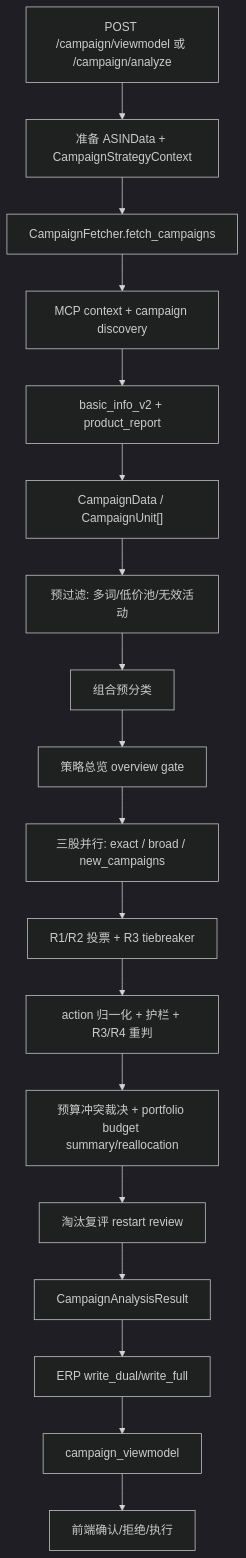
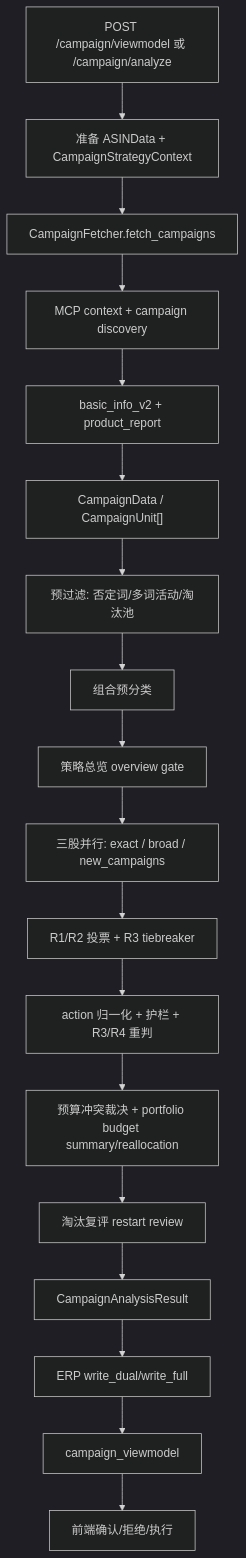
Before and after one commit to CaffZx/project_ad_weilai: the diagram in docs/AD-Agent Project Knowledge Graph/08-Campaign分析引擎架构说明.md, drawn with Mermaid (dark theme). The commit also changed other lines of this file and 6 other files, not shown here.

````diff
--- a/docs/AD-Agent Project Knowledge Graph/08-Campaign分析引擎架构说明.md
+++ b/docs/AD-Agent Project Knowledge Graph/08-Campaign分析引擎架构说明.md
@@ -71,20 +71,20 @@
 ```mermaid
 flowchart TD
   A["POST /campaign/viewmodel 或 /campaign/analyze"] --> B["准备 ASINData + CampaignStrategyContext"]
   B --> C["CampaignFetcher.fetch_campaigns"]
   C --> D["MCP context + campaign discovery"]
   D --> E["basic_info_v2 + product_report"]
   E --> F["CampaignData / CampaignUnit[]"]
-  F --> G["预过滤: 多词/低价池/无效活动"]
+  F --> G["预过滤: 否定词/多词活动/淘汰池"]
   G --> H["组合预分类"]
   H --> I["策略总览 overview gate"]
   I --> J["三股并行: exact / broad / new_campaigns"]
   J --> K["R1/R2 投票 + R3 tiebreaker"]
   K --> L["action 归一化 + 护栏 + R3/R4 重判"]
   L --> M["预算冲突裁决 + portfolio budget summary/reallocation"]
   M --> N["淘汰复评 restart review"]
   N --> O["CampaignAnalysisResult"]
   O --> P["ERP write_dual/write_full"]
   P --> Q["campaign_viewmodel"]
   Q --> R["前端确认/拒绝/执行"]
 ```
````
